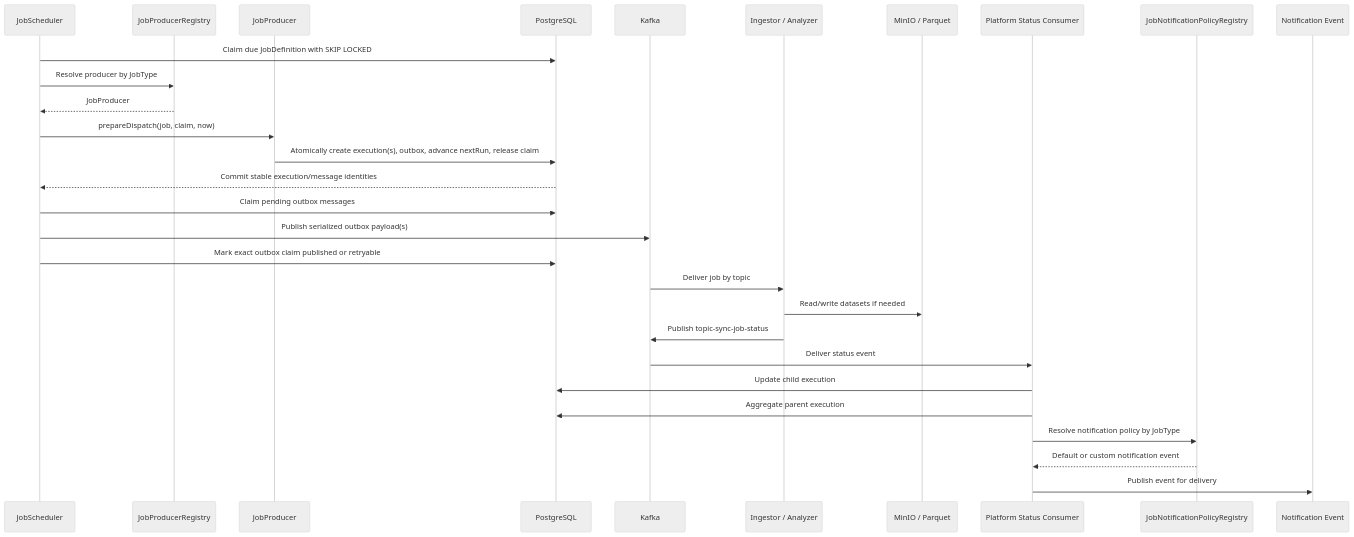
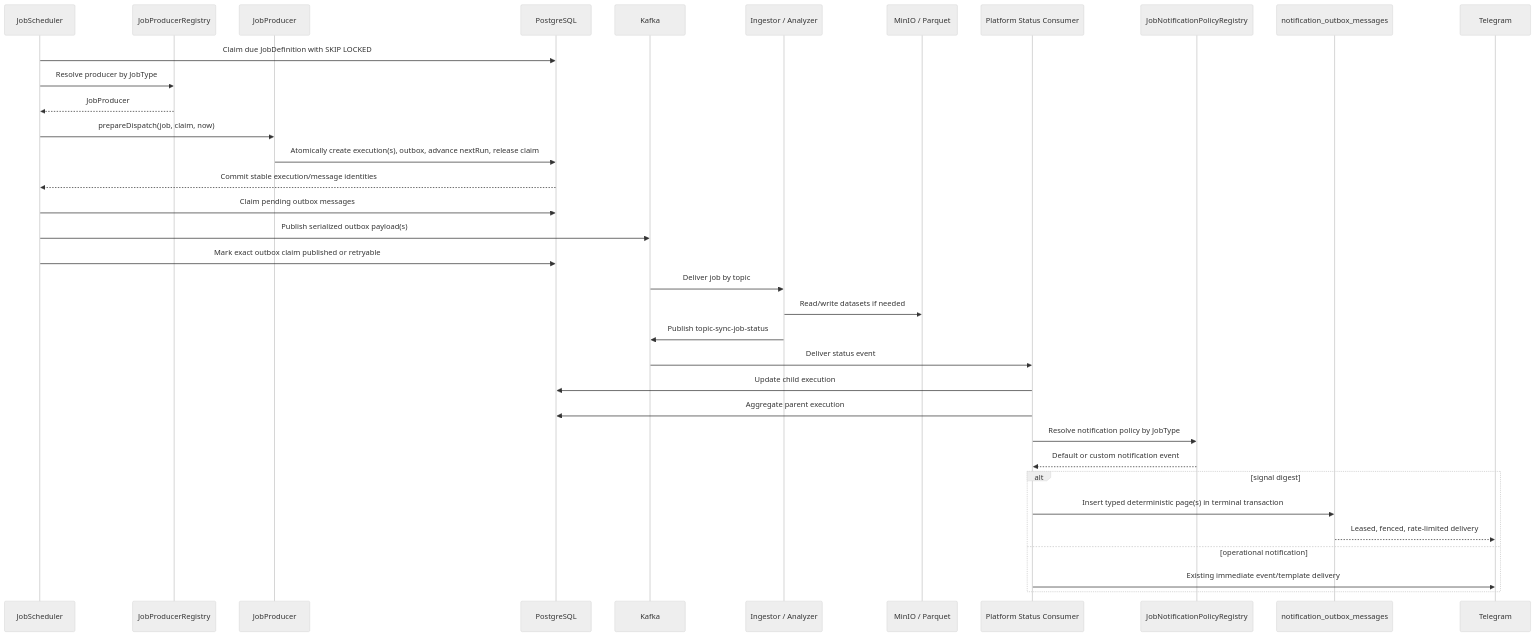
Before and after one commit to tanlocit9/omni: the first of 6 diagrams in docs/flows/001-job-execution.md, drawn with Mermaid (neutral theme). The commit also changed other lines of this file and 67 other files, not shown here.

````diff
--- a/docs/flows/001-job-execution.md
+++ b/docs/flows/001-job-execution.md
@@ -16,32 +16,38 @@
 ```mermaid
 sequenceDiagram
   participant Scheduler as JobScheduler
   participant ProducerRegistry as JobProducerRegistry
   participant Producer as JobProducer
   participant DB as PostgreSQL
   participant Kafka as Kafka
   participant Worker as Ingestor / Analyzer
   participant Storage as MinIO / Parquet
   participant Status as Platform Status Consumer
   participant PolicyRegistry as JobNotificationPolicyRegistry
-  participant Notification as Notification Event
+  participant NotificationOutbox as notification_outbox_messages
+  participant Provider as Telegram
 
   Scheduler->>DB: Claim due JobDefinition with SKIP LOCKED
   Scheduler->>ProducerRegistry: Resolve producer by JobType
   ProducerRegistry-->>Scheduler: JobProducer
   Scheduler->>Producer: prepareDispatch(job, claim, now)
   Producer->>DB: Atomically create execution(s), outbox, advance nextRun, release claim
   DB-->>Scheduler: Commit stable execution/message identities
   Scheduler->>DB: Claim pending outbox messages
   Scheduler->>Kafka: Publish serialized outbox payload(s)
   Scheduler->>DB: Mark exact outbox claim published or retryable
   Kafka->>Worker: Deliver job by topic
   Worker->>Storage: Read/write datasets if needed
   Worker->>Kafka: Publish topic-sync-job-status
   Kafka->>Status: Deliver status event
   Status->>DB: Update child execution
   Status->>DB: Aggregate parent execution
   Status->>PolicyRegistry: Resolve notification policy by JobType
   PolicyRegistry-->>Status: Default or custom notification event
-  Status->>Notification: Publish event for delivery
+  alt signal digest
+    Status->>NotificationOutbox: Insert typed deterministic page(s) in terminal transaction
+    NotificationOutbox-->>Provider: Leased, fenced, rate-limited delivery
+  else operational notification
+    Status->>Provider: Existing immediate event/template delivery
+  end
 ```
````
